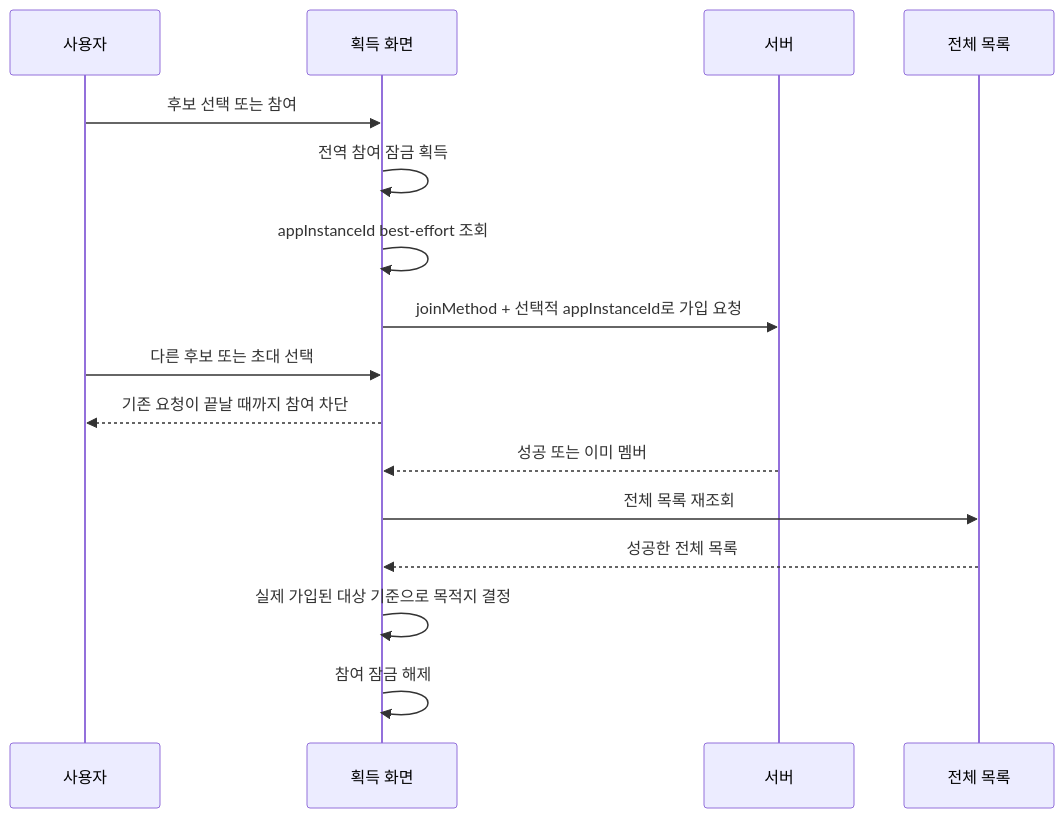
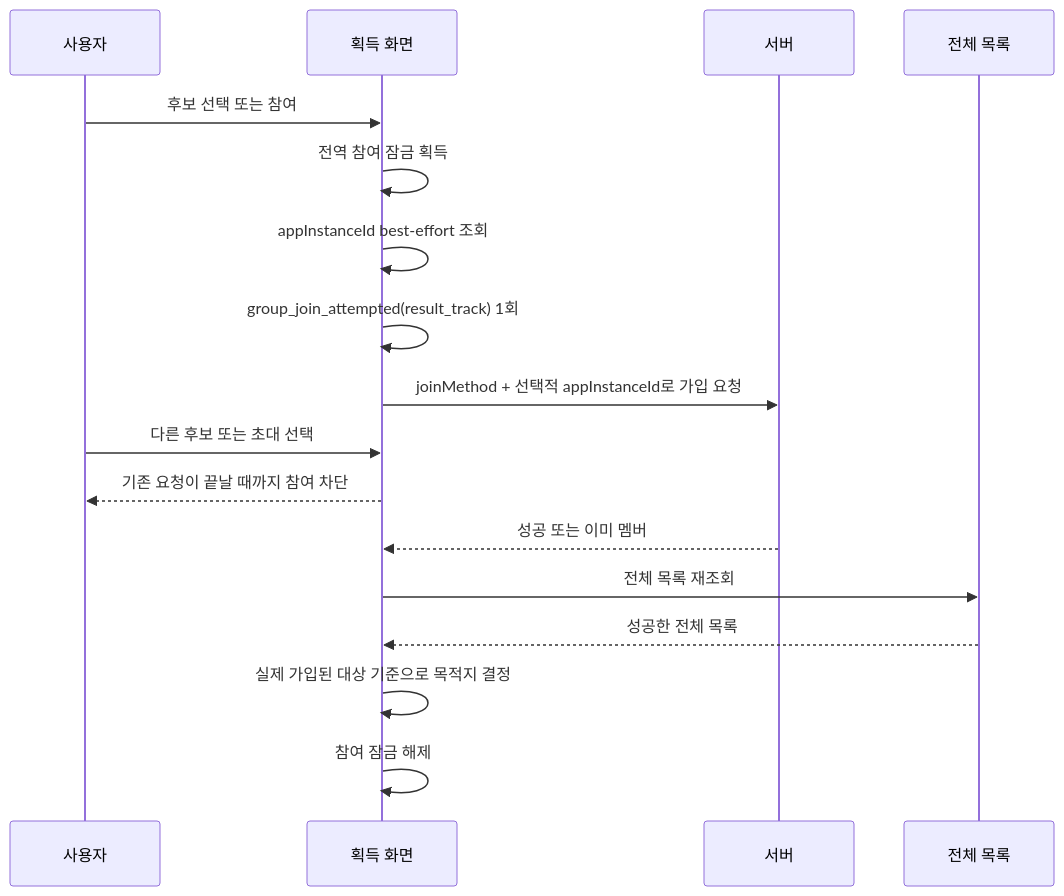
Before and after one commit to OneOrThree/phone: the second of 3 diagrams in docs/prd/group/features/01-acquisition/low-level-design.md, drawn with Mermaid. The commit also changed other lines of this file and 6 other files, not shown here.

````diff
--- a/docs/prd/group/features/01-acquisition/low-level-design.md
+++ b/docs/prd/group/features/01-acquisition/low-level-design.md
@@ -48,19 +48,20 @@
 ```mermaid
 sequenceDiagram
     participant U as 사용자
     participant X as 획득 화면
     participant S as 서버
     participant L as 전체 목록
 
     U->>X: 후보 선택 또는 참여
     X->>X: 전역 참여 잠금 획득
     X->>X: appInstanceId best-effort 조회
+    X->>X: group_join_attempted(result_track) 1회
     X->>S: joinMethod + 선택적 appInstanceId로 가입 요청
     U->>X: 다른 후보 또는 초대 선택
     X-->>U: 기존 요청이 끝날 때까지 참여 차단
     S-->>X: 성공 또는 이미 멤버
     X->>L: 전체 목록 재조회
     L-->>X: 성공한 전체 목록
     X->>X: 실제 가입된 대상 기준으로 목적지 결정
     X->>X: 참여 잠금 해제
 ```
````
